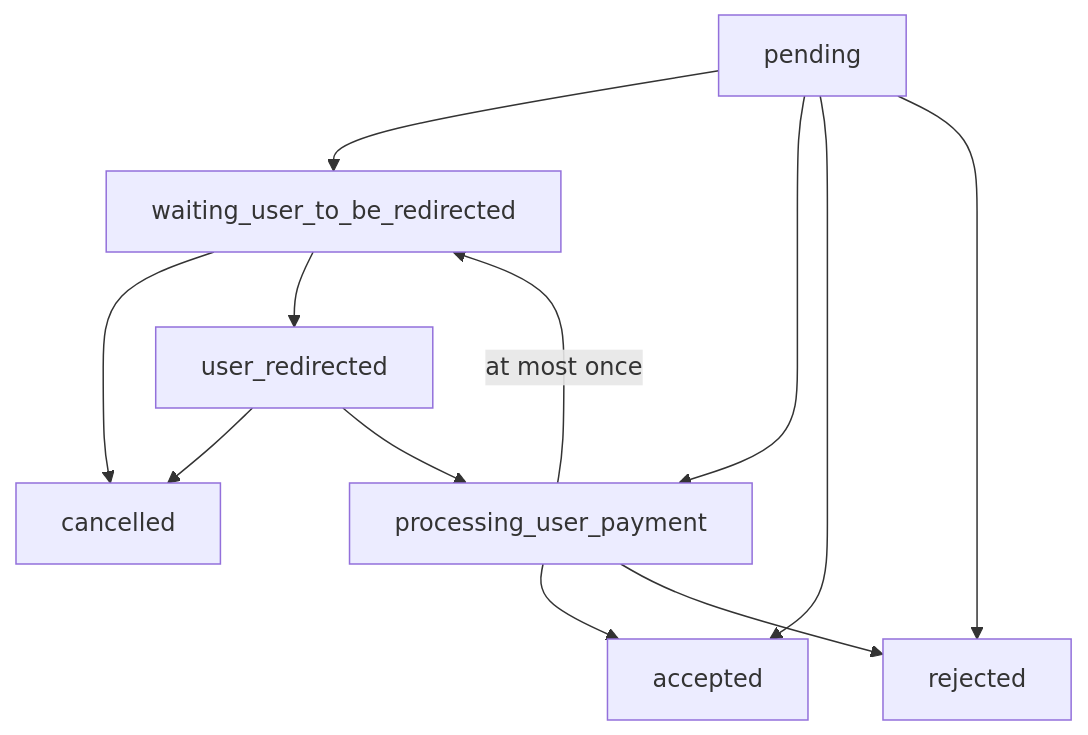
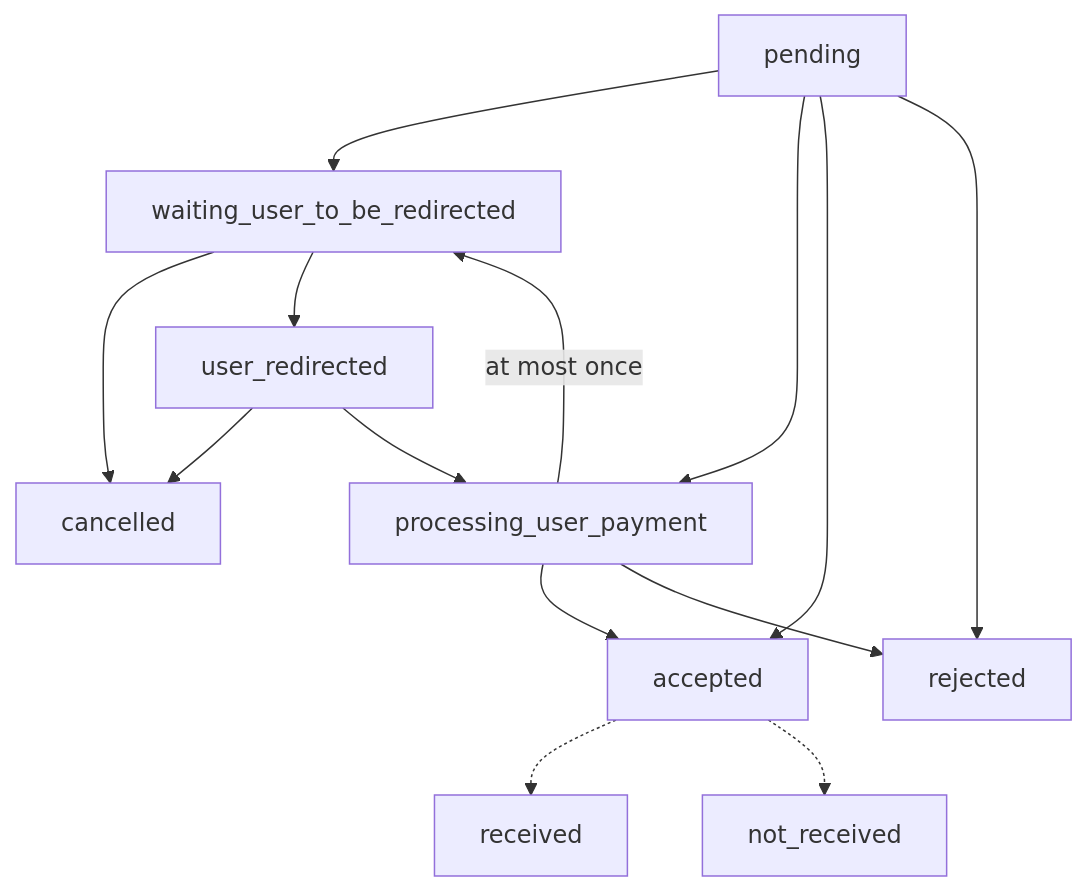
Before and after one commit to on-ramp/api-doc: the diagram in source/images/s2s_flow.mermaid, drawn with Mermaid. The commit also changed 3 other files, not shown here.

```diff
--- a/source/images/s2s_flow.mermaid
+++ b/source/images/s2s_flow.mermaid
@@ -1,23 +1,28 @@
 graph TD
   Pending[pending];
   Waiting[waiting_user_to_be_redirected];
   Redirected[user_redirected];
   Cancel[cancelled];
   Processing[processing_user_payment];
   Accepted[accepted];
   Rejected[rejected];
+  Received[received];
+  NotReceived[not_received];
 
   Waiting --> Cancel;
   Waiting --> Redirected;
 
   Processing --> Accepted;
   Processing --> Rejected;
   Processing --> |at most once| Waiting;
 
   Redirected --> Cancel;
   Redirected --> Processing;
 
   Pending --> Waiting;
   Pending --> Processing;
   Pending --> Accepted;
   Pending --> Rejected;
+
+  Accepted -.-> Received;
+  Accepted -.-> NotReceived;
```
